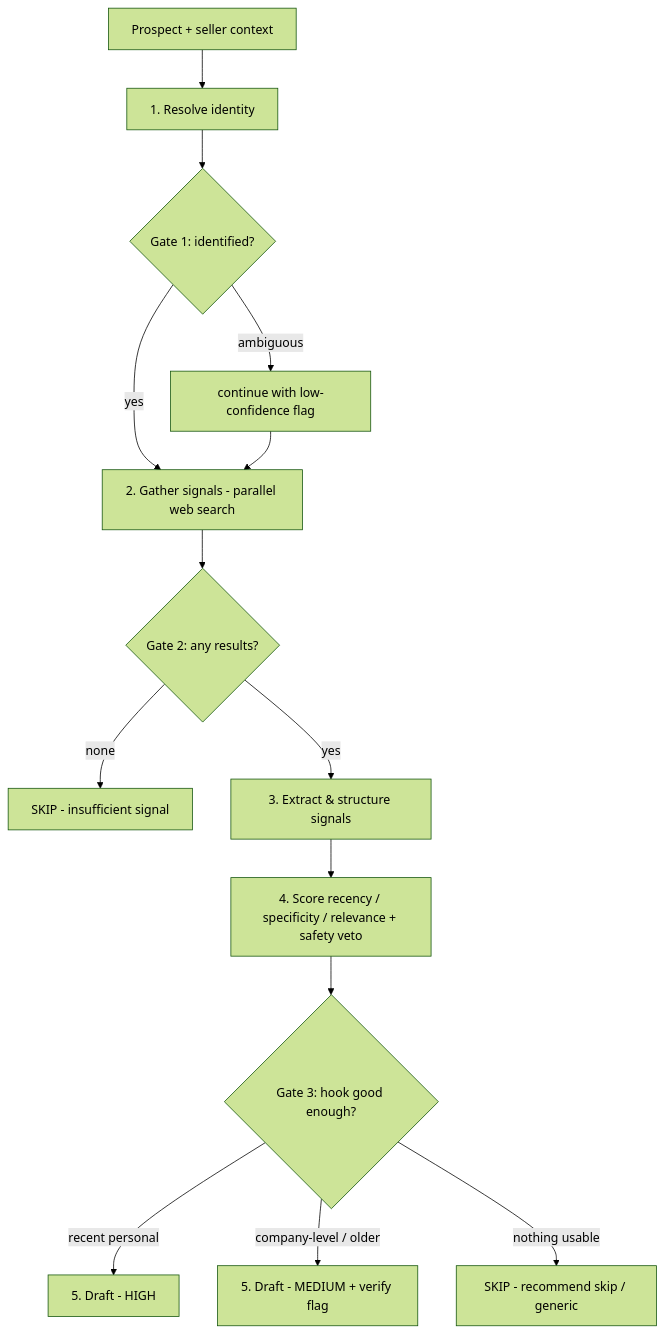
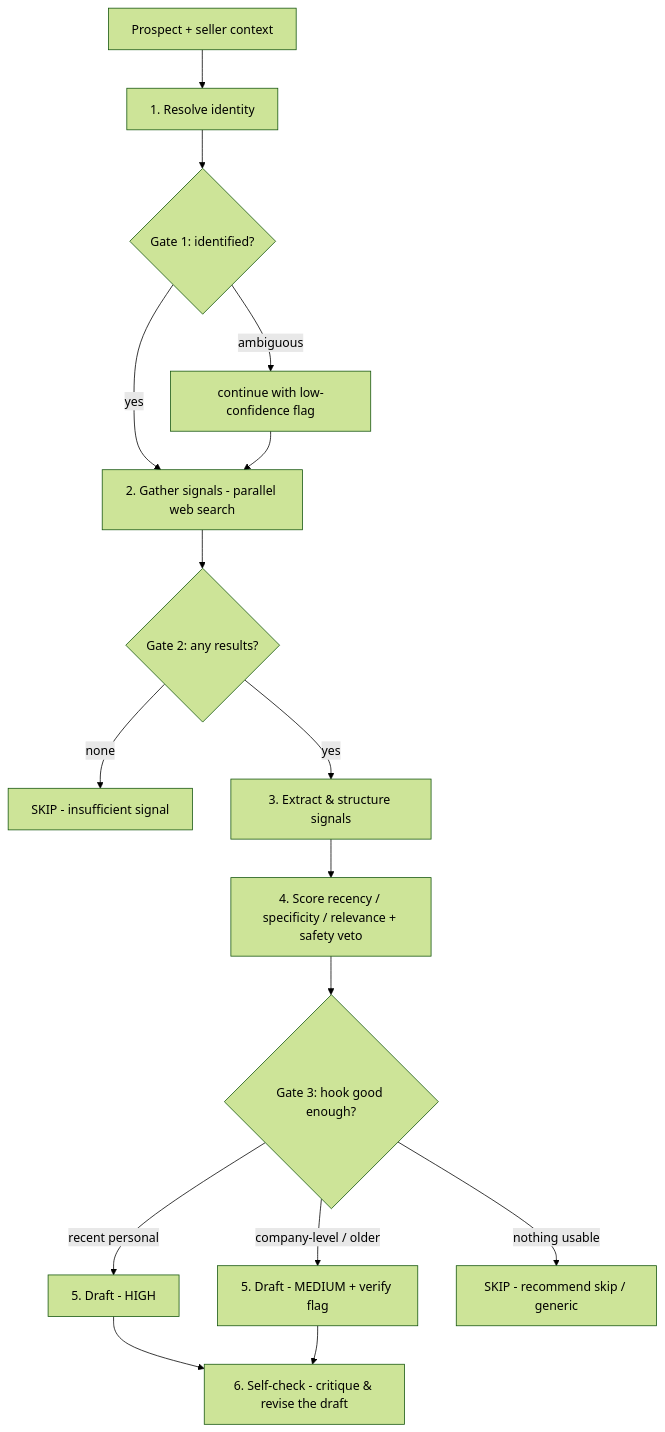
Before and after one commit to harshit-20719/signaldraft: the diagram in README.md, drawn with Mermaid (forest theme). The commit also changed other lines of this file, not shown here.

````diff
--- a/README.md
+++ b/README.md
@@ -54,16 +55,18 @@
 ```mermaid
 flowchart TB
   IN[Prospect + seller context] --> S1[1. Resolve identity]
   S1 --> G1{Gate 1: identified?}
   G1 -->|ambiguous| AMB[continue with low-confidence flag]
   G1 -->|yes| S2[2. Gather signals - parallel web search]
   AMB --> S2
   S2 --> G2{Gate 2: any results?}
   G2 -->|none| SKIP1[SKIP - insufficient signal]
   G2 -->|yes| S3[3. Extract & structure signals]
   S3 --> S4[4. Score recency / specificity / relevance + safety veto]
   S4 --> G3{Gate 3: hook good enough?}
   G3 -->|recent personal| HIGH[5. Draft - HIGH]
   G3 -->|company-level / older| MED[5. Draft - MEDIUM + verify flag]
   G3 -->|nothing usable| SKIP2[SKIP - recommend skip / generic]
+  HIGH --> S6[6. Self-check - critique & revise the draft]
+  MED --> S6
 ```
````
